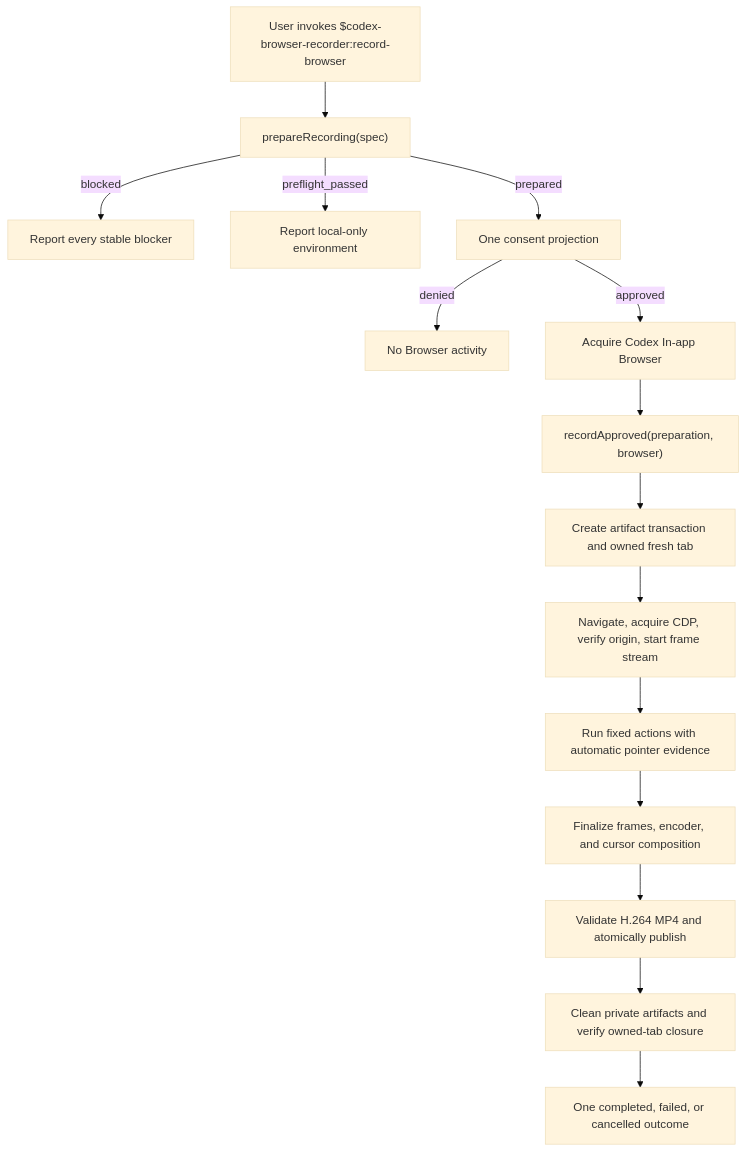
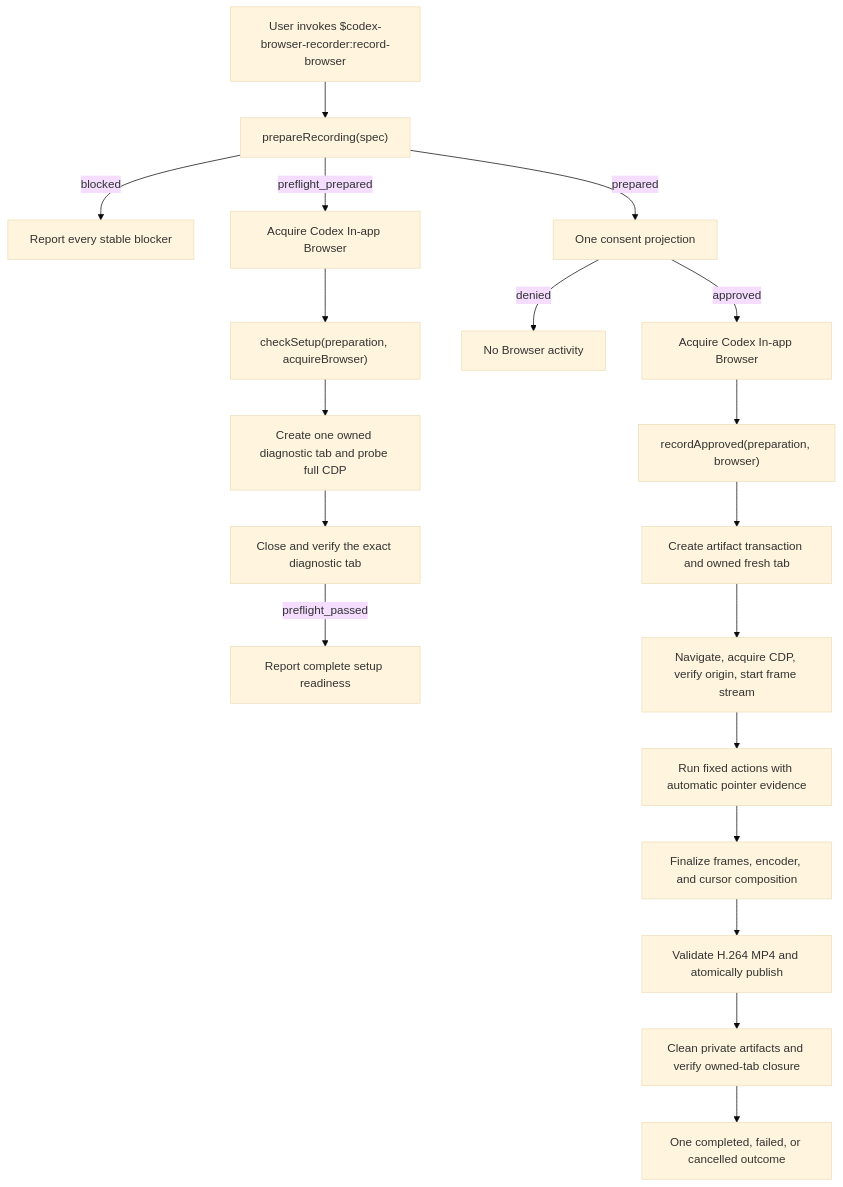
Before and after one commit to flsteven87/codex-browser-recorder: the diagram in docs/architecture.md, drawn with Mermaid (base theme). The commit also changed other lines of this file and 9 other files, not shown here.

Commit message:
feat: verify complete setup readiness (#41) (#48)

````diff
--- a/docs/architecture.md
+++ b/docs/architecture.md
@@ -9,17 +9,21 @@
 ```mermaid
 flowchart TD
   U["User invokes $codex-browser-recorder:record-browser"] --> P["prepareRecording(spec)"]
   P -->|"blocked"| F["Report every stable blocker"]
-  P -->|"preflight_passed"| L["Report local-only environment"]
+  P -->|"preflight_prepared"| Q["Acquire Codex In-app Browser"]
+  Q --> D["checkSetup(preparation, acquireBrowser)"]
+  D --> I["Create one owned diagnostic tab and probe full CDP"]
+  I --> J["Close and verify the exact diagnostic tab"]
+  J -->|"preflight_passed"| L["Report complete setup readiness"]
   P -->|"prepared"| C["One consent projection"]
   C -->|"denied"| N["No Browser activity"]
   C -->|"approved"| B["Acquire Codex In-app Browser"]
   B --> R["recordApproved(preparation, browser)"]
   R --> T["Create artifact transaction and owned fresh tab"]
   T --> S["Navigate, acquire CDP, verify origin, start frame stream"]
   S --> A["Run fixed actions with automatic pointer evidence"]
   A --> M["Finalize frames, encoder, and cursor composition"]
   M --> V["Validate H.264 MP4 and atomically publish"]
   V --> X["Clean private artifacts and verify owned-tab closure"]
   X --> O["One completed, failed, or cancelled outcome"]
 ```
````
